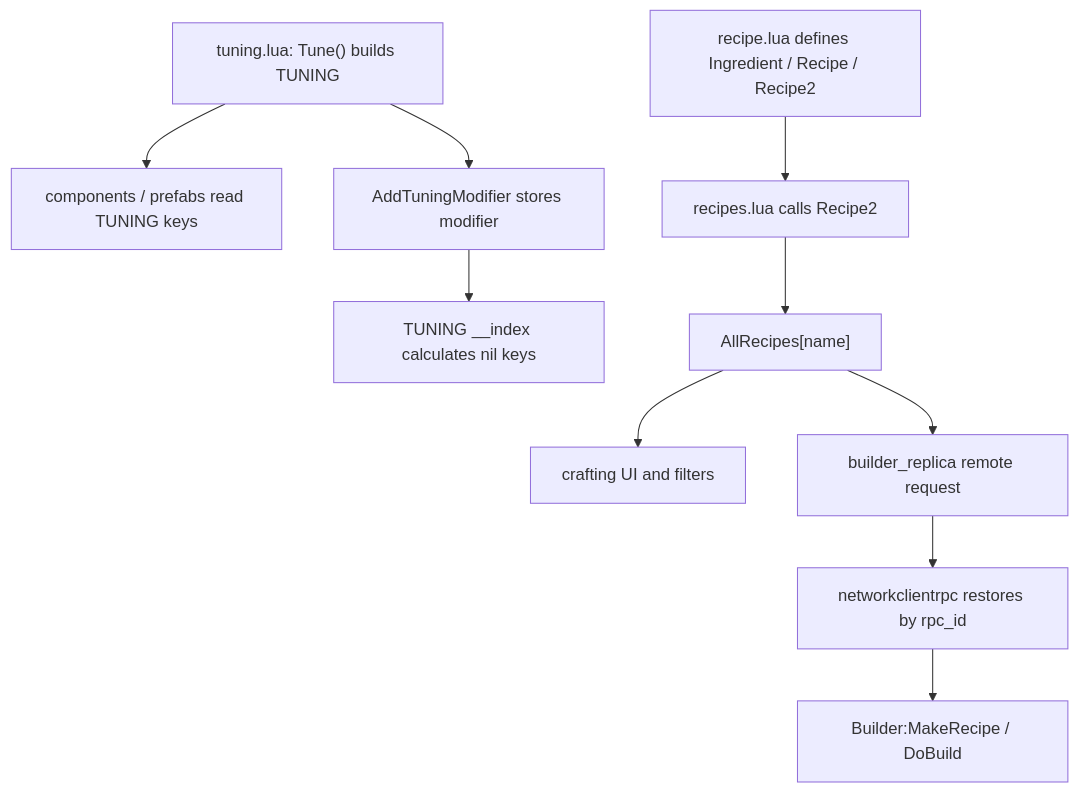
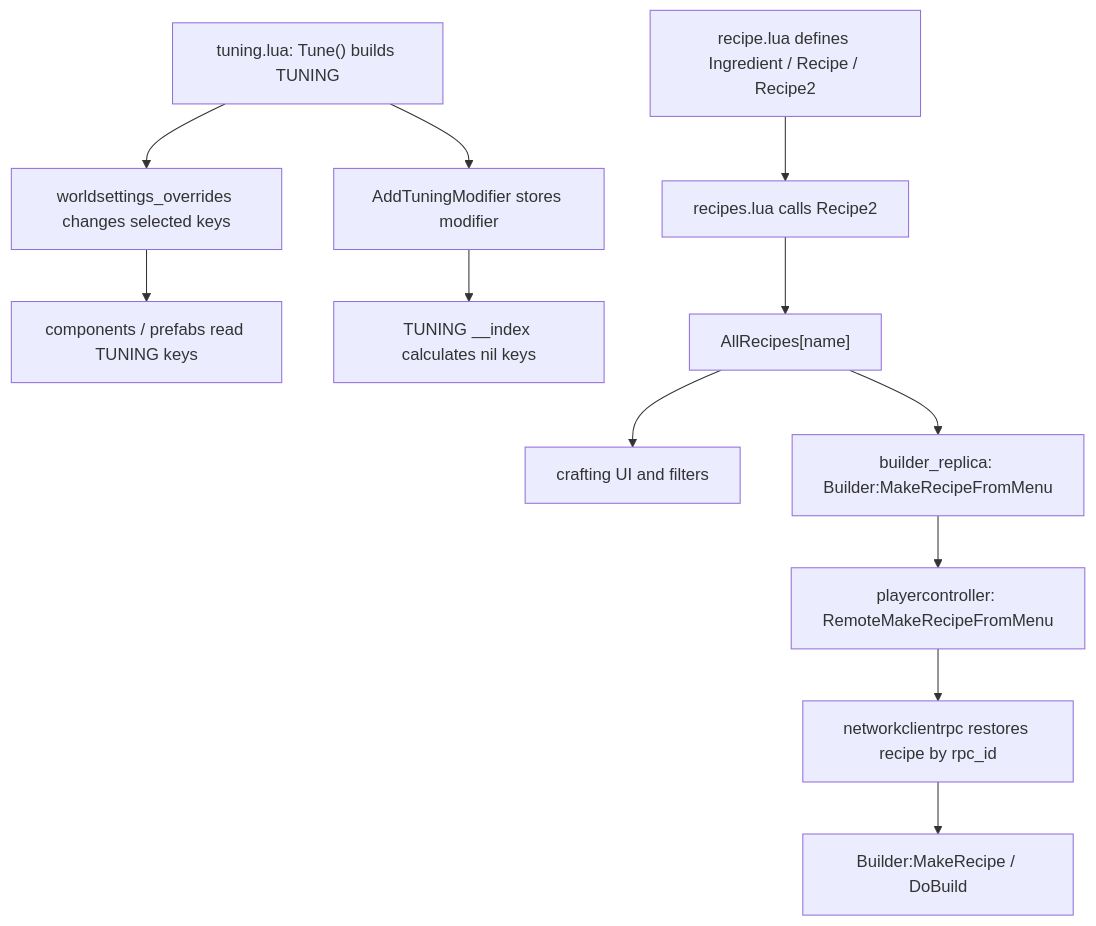
One commit to LetsStarveTogether/dst-server changed the diagram in dst-scripts/index/0x7000-frontend-data-tools/0x7200-data-media-tools/0x7201-tuning-recipes.md. Above: the diagram before and after it, drawn with Mermaid. The commit also changed other lines of this file and 83 other files, not shown here.

```diff
--- a/dst-scripts/index/0x7000-frontend-data-tools/0x7200-data-media-tools/0x7201-tuning-recipes.md
+++ b/dst-scripts/index/0x7000-frontend-data-tools/0x7200-data-media-tools/0x7201-tuning-recipes.md
@@ -50,15 +51,17 @@
 ~~~mermaid
 flowchart TD
     A["tuning.lua: Tune() builds TUNING"]
-    A --> B["components / prefabs read TUNING keys"]
+    A --> W["worldsettings_overrides changes selected keys"]
+    W --> B["components / prefabs read TUNING keys"]
     A --> C["AddTuningModifier stores modifier"]
     C --> D["TUNING __index calculates nil keys"]
     E["recipe.lua defines Ingredient / Recipe / Recipe2"]
     F["recipes.lua calls Recipe2"]
     E --> F
     F --> G["AllRecipes[name]"]
     G --> H["crafting UI and filters"]
-    G --> I["builder_replica remote request"]
-    I --> J["networkclientrpc restores by rpc_id"]
+    G --> I["builder_replica: Builder:MakeRecipeFromMenu"]
+    I --> P["playercontroller: RemoteMakeRecipeFromMenu"]
+    P --> J["networkclientrpc restores recipe by rpc_id"]
     J --> K["Builder:MakeRecipe / DoBuild"]
 ~~~
```
